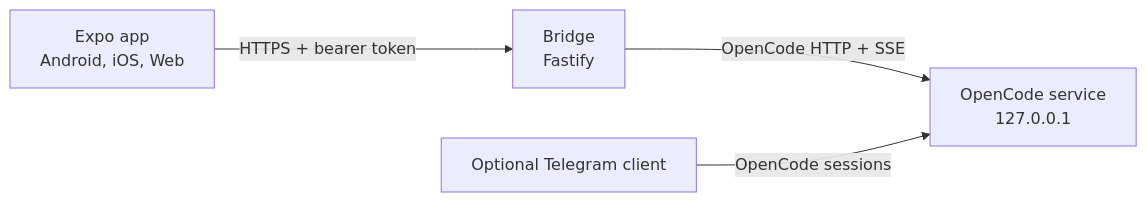
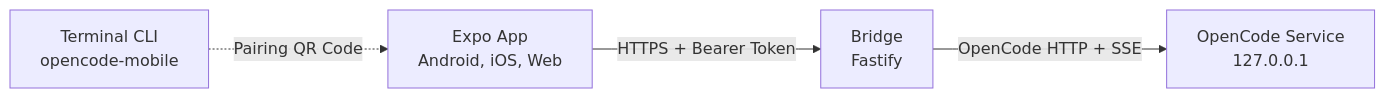
The diagram in README.md (Aetherdz/opencode-mobile), drawn with Mermaid before and after one commit. The commit also changed other lines of this file and 23 other files, not shown here.

Commit message:
feat(release): OpenCode Mobile v1.0.0-beta.10 - 1-command install, Argon 4 architecture showcase, and refined UI touch ergonomics (#23)

````diff
--- a/README.md
+++ b/README.md
@@ -177,6 +138,6 @@
 ```mermaid
 flowchart LR
-  Phone["Expo app<br/>Android, iOS, Web"] -->|"HTTPS + bearer token"| Bridge["Bridge<br/>Fastify"]
-  Bridge -->|"OpenCode HTTP + SSE"| OpenCode["OpenCode service<br/>127.0.0.1"]
-  Telegram["Optional Telegram client"] -->|"OpenCode sessions"| OpenCode
+  Phone["Expo App<br/>Android, iOS, Web"] -->|"HTTPS + Bearer Token"| Bridge["Bridge<br/>Fastify"]
+  Bridge -->|"OpenCode HTTP + SSE"| OpenCode["OpenCode Service<br/>127.0.0.1"]
+  Terminal["Terminal CLI<br/>opencode-mobile"] -.->|"Pairing QR Code"| Phone
 ```
````
